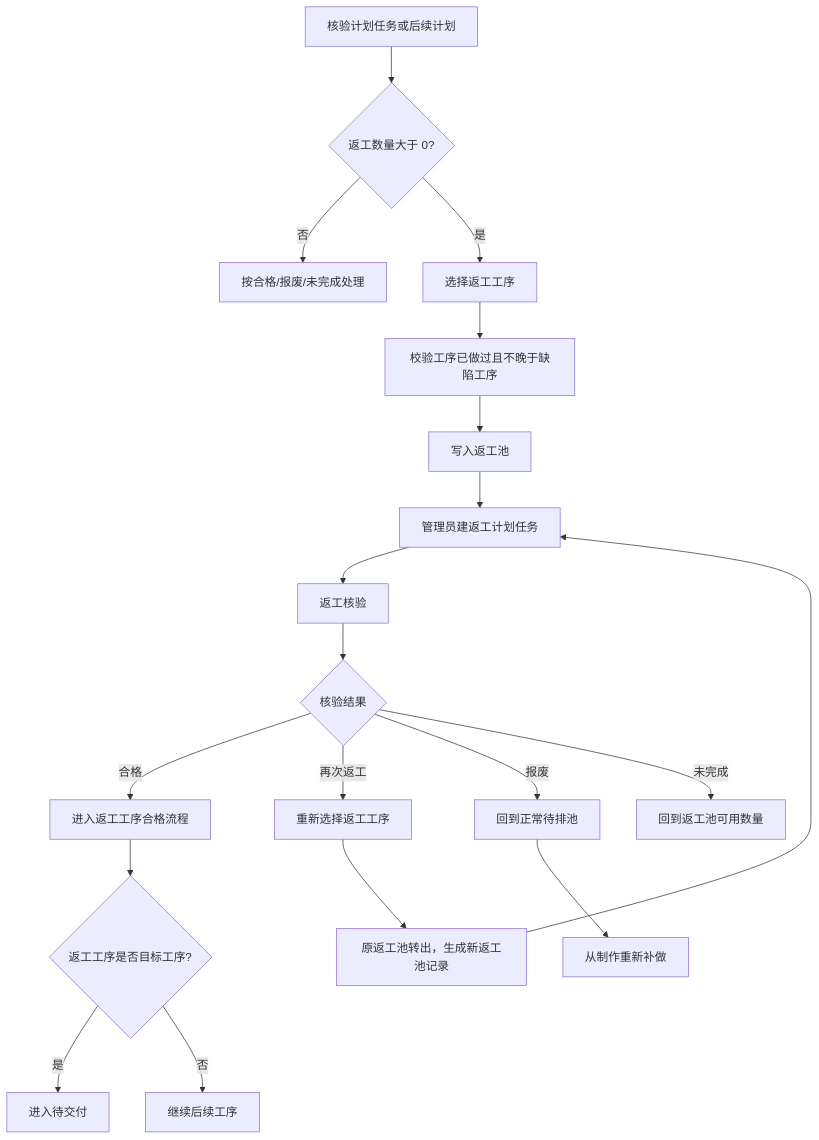
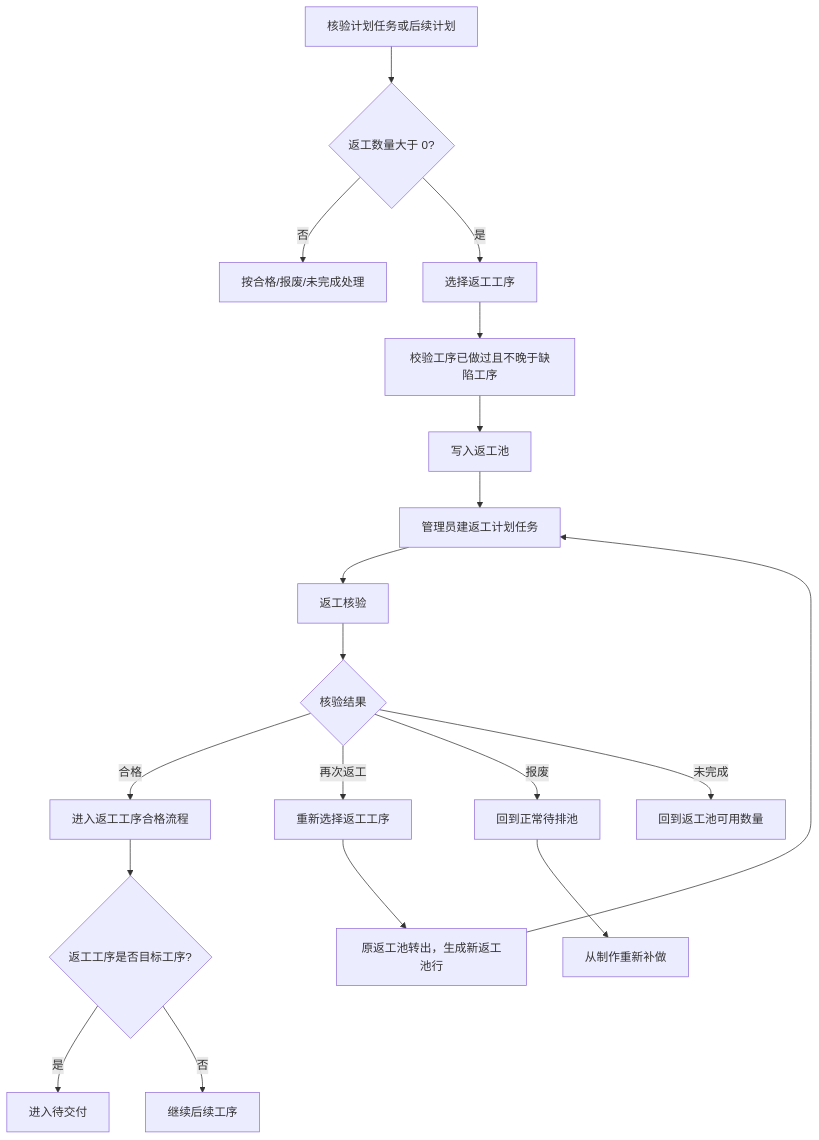
The first of 2 diagrams in docs/v3/05-生产模块.md (315538867/YUMI-V2), drawn with Mermaid before and after one commit. The commit also changed other lines of this file and 6 other files, not shown here.

````diff
--- a/docs/v3/05-生产模块.md
+++ b/docs/v3/05-生产模块.md
@@ -177,21 +223,21 @@
 ```mermaid
 flowchart TD
     A[核验计划任务或后续计划] --> B{返工数量大于 0?}
     B -- 否 --> Z[按合格/报废/未完成处理]
     B -- 是 --> C[选择返工工序]
     C --> D[校验工序已做过且不晚于缺陷工序]
     D --> E[写入返工池]
     E --> F[管理员建返工计划任务]
     F --> G[返工核验]
     G --> H{核验结果}
     H -- 合格 --> I[进入返工工序合格流程]
     I --> J{返工工序是否目标工序?}
     J -- 是 --> K[进入待交付]
     J -- 否 --> L[继续后续工序]
     H -- 再次返工 --> M[重新选择返工工序]
-    M --> T[原返工池转出，生成新返工池记录]
+    M --> T[原返工池转出，生成新返工池行]
     T --> F
     H -- 报废 --> N[回到正常待排池]
     N --> O[从制作重新补做]
     H -- 未完成 --> P[回到返工池可用数量]
 ```
````
